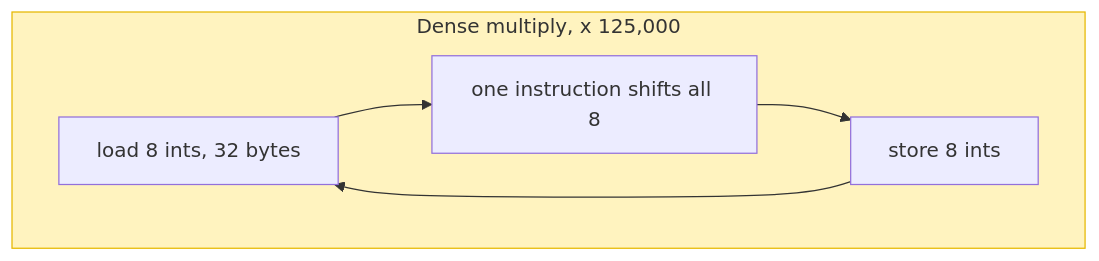
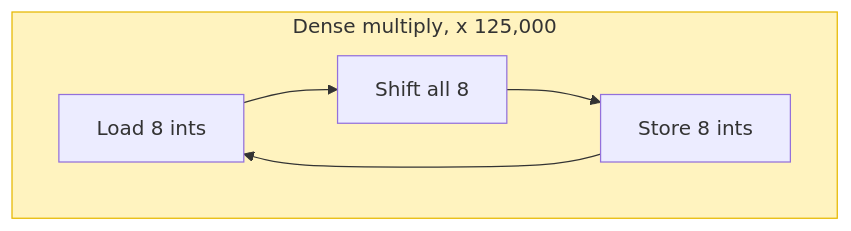
Before and after one commit to ewoodbury/ewoodbury.com: the fourth of 4 diagrams in content/posts/2026-10-03_sparklet_fusion/index.md, drawn with Mermaid. The commit also changed other lines of this file, not shown here.

Commit message:
Shorten the vectorized post diagram labels.

````diff
--- a/content/posts/2026-10-03_sparklet_fusion/index.md
+++ b/content/posts/2026-10-03_sparklet_fusion/index.md
@@ -215,9 +215,9 @@
 ```mermaid
 flowchart TD
   subgraph kern["Dense multiply, x 125,000"]
-    a["load 8 ints, 32 bytes"] --> b["one instruction shifts all 8"]
-    b --> c["store 8 ints"]
+    a["Load 8 ints"] --> b["Shift all 8"]
+    b --> c["Store 8 ints"]
     c --> a
   end
   style kern fill:#fff3bf,stroke:#e6b800
 ```
````
